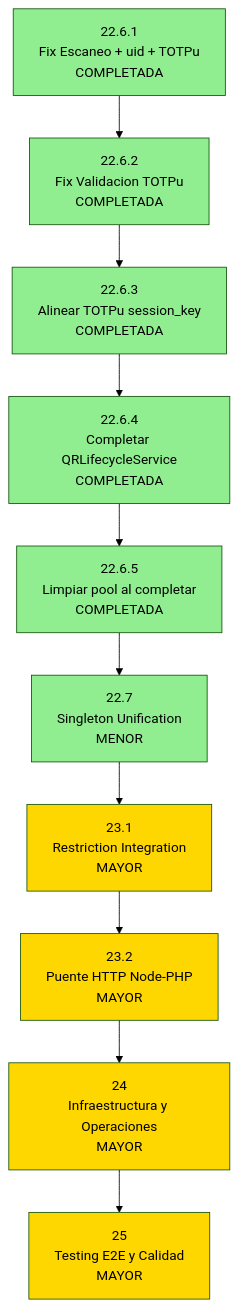
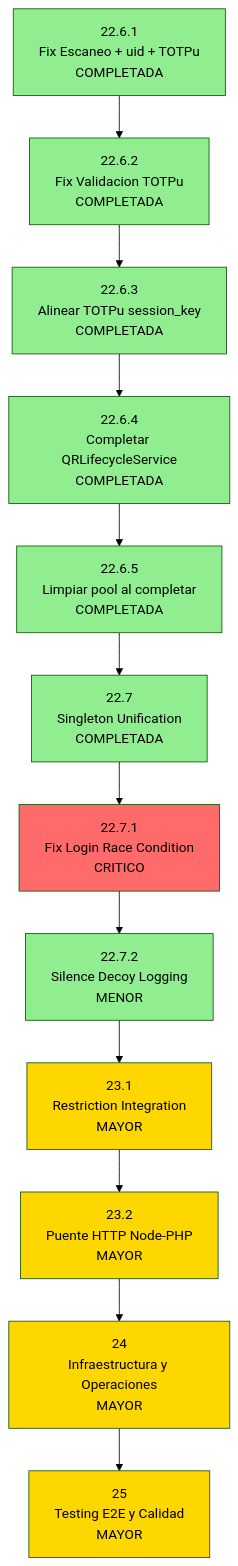
One commit to Ragnarsss/capstone-backend changed the diagram in ROADMAP.md. Above: the diagram before and after it, drawn with Mermaid (forest theme). The commit also changed other lines of this file, not shown here.

First line of the commit message:
docs(roadmap): agregar fases 22.7.1 y 22.7.2

````diff
--- a/ROADMAP.md
+++ b/ROADMAP.md
@@ -59,34 +61,40 @@
 ```mermaid
 flowchart TB
     P0[22.6.1<br/>Fix Escaneo + uid + TOTPu<br/>COMPLETADA]
     P1[22.6.2<br/>Fix Validacion TOTPu<br/>COMPLETADA]
     P1_1[22.6.3<br/>Alinear TOTPu session_key<br/>COMPLETADA]
     P1_2[22.6.4<br/>Completar QRLifecycleService<br/>COMPLETADA]
     P1_3[22.6.5<br/>Limpiar pool al completar<br/>COMPLETADA]
-    P2[22.7<br/>Singleton Unification<br/>MENOR]
+    P2[22.7<br/>Singleton Unification<br/>COMPLETADA]
+    P2_1[22.7.1<br/>Fix Login Race Condition<br/>CRITICO]
+    P2_2[22.7.2<br/>Silence Decoy Logging<br/>MENOR]
     P3[23.1<br/>Restriction Integration<br/>MAYOR]
     P4[23.2<br/>Puente HTTP Node-PHP<br/>MAYOR]
     P5[24<br/>Infraestructura y Operaciones<br/>MAYOR]
     P6[25<br/>Testing E2E y Calidad<br/>MAYOR]
     
     P0 --> P1
     P1 --> P1_1
     P1_1 --> P1_2
     P1_2 --> P1_3
     P1_3 --> P2
-    P2 --> P3
+    P2 --> P2_1
+    P2_1 --> P2_2
+    P2_2 --> P3
     P3 --> P4
     P4 --> P5
     P5 --> P6
 
     style P0 fill:#90EE90
     style P1 fill:#90EE90
     style P1_1 fill:#90EE90
     style P1_2 fill:#90EE90
     style P1_3 fill:#90EE90
     style P2 fill:#90EE90
+    style P2_1 fill:#FF6B6B
+    style P2_2 fill:#90EE90
     style P3 fill:#FFD700
     style P4 fill:#FFD700
     style P5 fill:#FFD700
     style P6 fill:#FFD700
 ```
````
